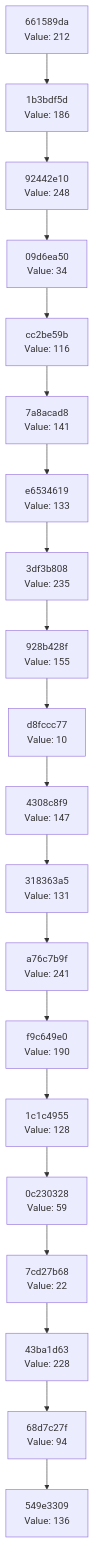
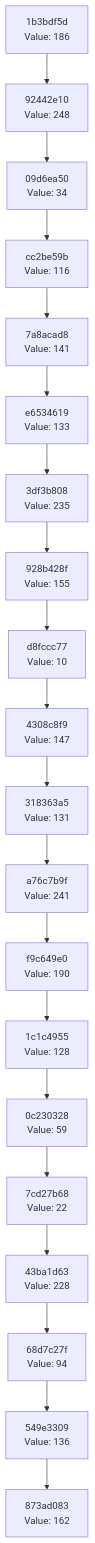
One commit to Abhisheksinha1506/hash-chain-evolver changed the diagram in docs/CHAIN_VISUALIZATION.md. Above: the diagram before and after it, drawn with Mermaid. The commit also changed 2 other files, not shown here.

Commit message:
Evolution Step

````diff
--- a/docs/CHAIN_VISUALIZATION.md
+++ b/docs/CHAIN_VISUALIZATION.md
@@ -3,42 +3,42 @@
 ```mermaid
 graph TD
-    C0["549e3309<br/>Value: 136"]
-    C1["68d7c27f<br/>Value: 94"]
+    C0["873ad083<br/>Value: 162"]
+    C1["549e3309<br/>Value: 136"]
     C1 --> C0
-    C2["43ba1d63<br/>Value: 228"]
+    C2["68d7c27f<br/>Value: 94"]
     C2 --> C1
-    C3["7cd27b68<br/>Value: 22"]
+    C3["43ba1d63<br/>Value: 228"]
     C3 --> C2
-    C4["0c230328<br/>Value: 59"]
+    C4["7cd27b68<br/>Value: 22"]
     C4 --> C3
-    C5["1c1c4955<br/>Value: 128"]
+    C5["0c230328<br/>Value: 59"]
     C5 --> C4
-    C6["f9c649e0<br/>Value: 190"]
+    C6["1c1c4955<br/>Value: 128"]
     C6 --> C5
-    C7["a76c7b9f<br/>Value: 241"]
+    C7["f9c649e0<br/>Value: 190"]
     C7 --> C6
-    C8["318363a5<br/>Value: 131"]
+    C8["a76c7b9f<br/>Value: 241"]
     C8 --> C7
-    C9["4308c8f9<br/>Value: 147"]
+    C9["318363a5<br/>Value: 131"]
     C9 --> C8
-    C10["d8fccc77<br/>Value: 10"]
+    C10["4308c8f9<br/>Value: 147"]
     C10 --> C9
-    C11["928b428f<br/>Value: 155"]
+    C11["d8fccc77<br/>Value: 10"]
     C11 --> C10
-    C12["3df3b808<br/>Value: 235"]
+    C12["928b428f<br/>Value: 155"]
     C12 --> C11
-    C13["e6534619<br/>Value: 133"]
+    C13["3df3b808<br/>Value: 235"]
     C13 --> C12
-    C14["7a8acad8<br/>Value: 141"]
+    C14["e6534619<br/>Value: 133"]
     C14 --> C13
-    C15["cc2be59b<br/>Value: 116"]
+    C15["7a8acad8<br/>Value: 141"]
     C15 --> C14
-    C16["09d6ea50<br/>Value: 34"]
+    C16["cc2be59b<br/>Value: 116"]
     C16 --> C15
-    C17["92442e10<br/>Value: 248"]
+    C17["09d6ea50<br/>Value: 34"]
     C17 --> C16
-    C18["1b3bdf5d<br/>Value: 186"]
+    C18["92442e10<br/>Value: 248"]
     C18 --> C17
-    C19["661589da<br/>Value: 212"]
+    C19["1b3bdf5d<br/>Value: 186"]
     C19 --> C18
 ```
````
